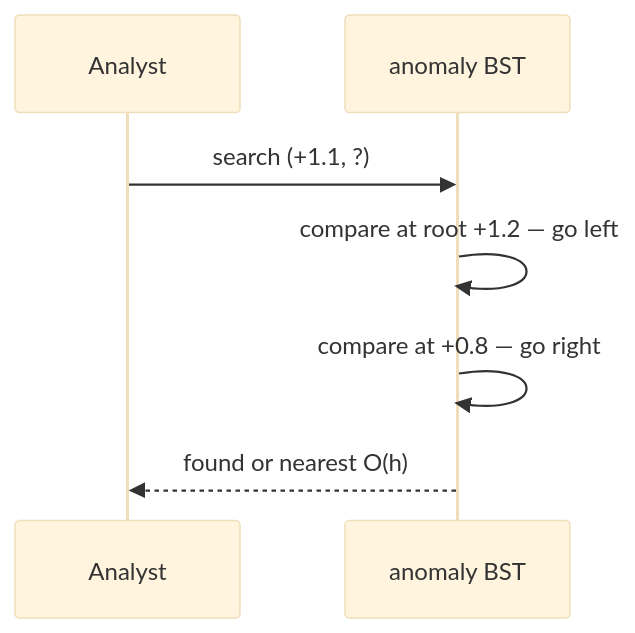
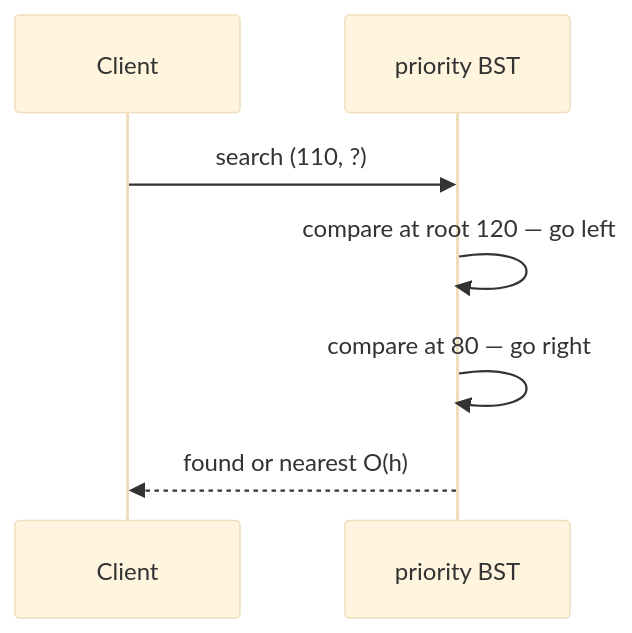
One commit to qgjones9/python-programming-guide changed the second of 7 diagrams in docs/dsa/data-structures/binary-search-tree/index.md. Above: the diagram before and after it, drawn with Mermaid (base theme). The commit also changed other lines of this file and 31 other files, not shown here.

````diff
--- a/docs/dsa/data-structures/binary-search-tree/index.md
+++ b/docs/dsa/data-structures/binary-search-tree/index.md
@@ -64,9 +65,9 @@
 ```mermaid
 sequenceDiagram
-  participant Analyst
-  participant BST as anomaly BST
-  Analyst->>BST: search (+1.1, ?)
-  BST->>BST: compare at root +1.2 — go left
-  BST->>BST: compare at +0.8 — go right
-  BST-->>Analyst: found or nearest O(h)
+ participant Client
+ participant BST as priority BST
+ Client->>BST: search (110, ?)
+ BST->>BST: compare at root 120 — go left
+ BST->>BST: compare at 80 — go right
+ BST-->>Client: found or nearest O(h)
 ```
````
